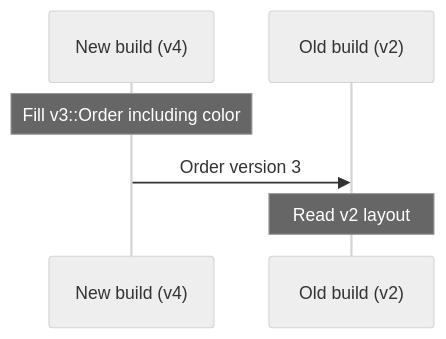
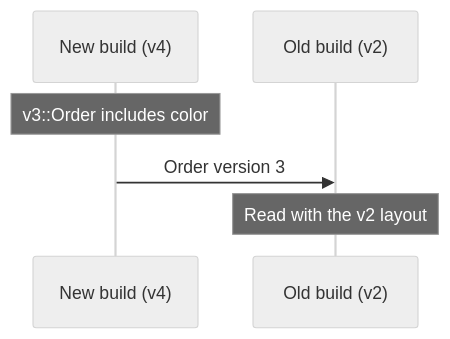
The fifth of 5 diagrams in README.md (splendidz/protaco), drawn with Mermaid (neutral theme) before and after one commit. The commit also changed other lines of this file and 10 other files, not shown here.

````diff
--- a/README.md
+++ b/README.md
@@ -574,8 +1014,8 @@
 ```mermaid
 sequenceDiagram
     participant N as New build (v4)
     participant O as Old build (v2)
-    Note over N: Fill v3::Order including color
+    Note over N: v3::Order includes color
     N->>O: Order version 3
-    Note over O: Read v2 layout
+    Note over O: Read with the v2 layout
 ```
````
